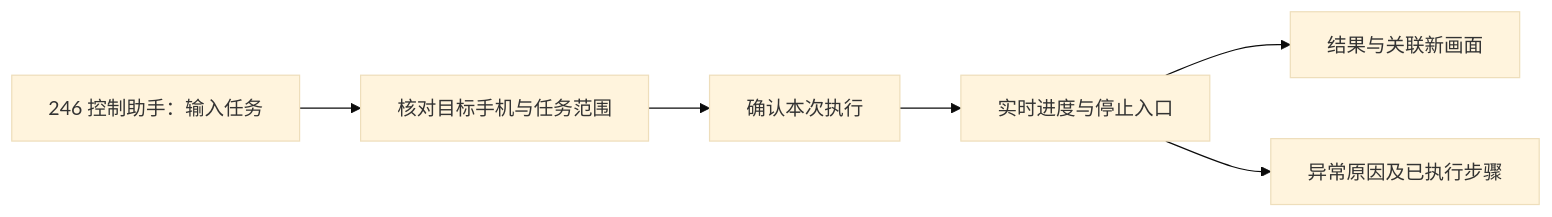
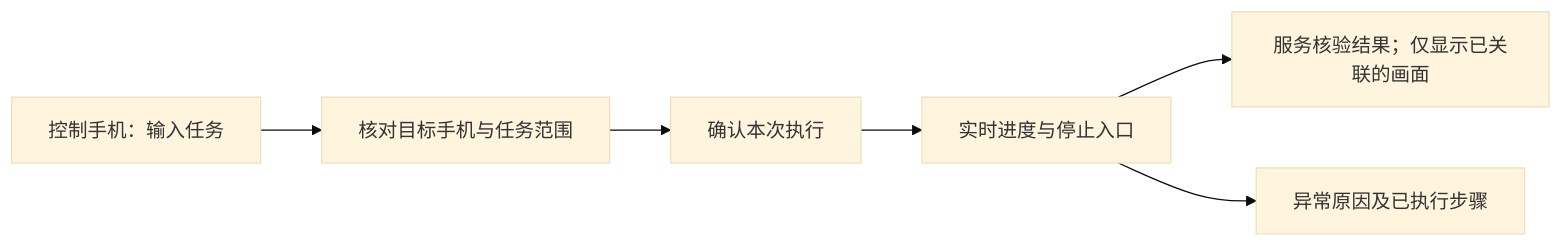
One commit to zhangyue-site/super-phone-controller changed the first of 2 diagrams in docs/control-flow.md. Above: the diagram before and after it, drawn with Mermaid (base theme). The commit also changed other lines of this file and 27 other files, not shown here.

````diff
--- a/docs/control-flow.md
+++ b/docs/control-flow.md
@@ -5,8 +5,8 @@
 ```mermaid
 flowchart LR
- A[246 控制助手：输入任务] --> B[核对目标手机与任务范围]
+ A[控制手机：输入任务] --> B[核对目标手机与任务范围]
  B --> C[确认本次执行]
  C --> D[实时进度与停止入口]
- D --> E[结果与关联新画面]
+ D --> E[服务核验结果；仅显示已关联的画面]
  D --> F[异常原因及已执行步骤]
 ```
````
